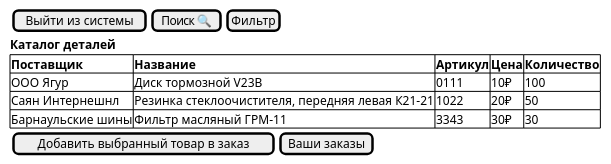
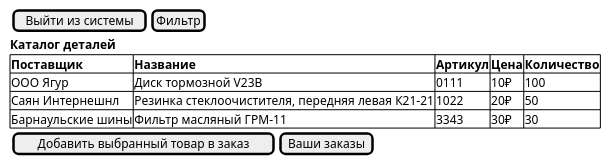
One commit to BombasticFantastik/PIS_Course_work changed the diagram in uml-диаграммы/Администратор/окно_просмотра_товаров.puml. Above: the diagram before and after it, drawn with PlantUML. The commit also changed 21 other files, not shown here.

Commit message:
Добавил базу и 3 диаграммы пригодности (try0)

```diff
--- a/uml-диаграммы/Администратор/окно_просмотра_товаров.puml
+++ b/uml-диаграммы/Администратор/окно_просмотра_товаров.puml
@@ -1,17 +1,17 @@
 @startsalt Список товаров
 {
     {
-        [Выйти из системы]|[Поиск 🔍]|[Фильтр]
+        [Выйти из системы]|[Фильтр]
     }
     <b>Каталог деталей
     {# <b>Поставщик | <b>Название | <b>Артикул| <b>Цена| <b>Количество
     ООО Ягур | Диск тормозной V23B  | 0111  | 10₽ | 100 
     Саян Интернешнл  |  Резинка стеклоочистителя, передняя левая К21-21 | 1022 | 20₽ | 50  
     Барнаульские шины | Фильтр масляный ГРМ-11 | 3343 | 30₽ | 30
     }
     {
         [Добавить выбранный товар в заказ]| [Ваши заказы]
     }
     
 }
 @endsalt
```
